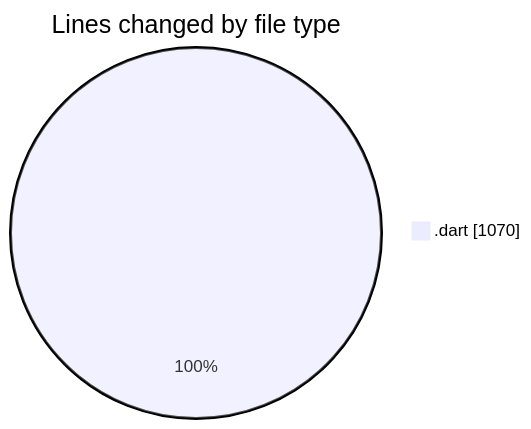
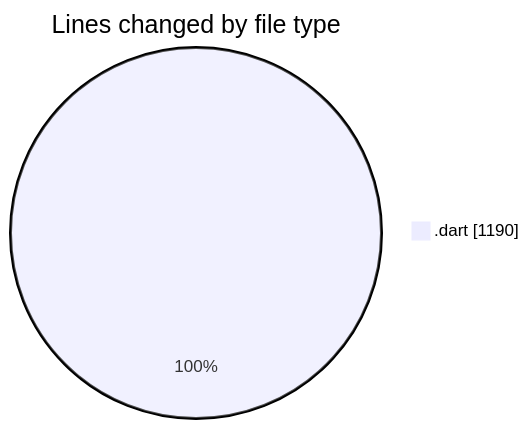
Before and after one commit to donsfak/code-tracking: the first of 2 diagrams in 2025-01-15/trackers_app/README.md, drawn with Mermaid. The commit also changed other lines of this file and 1 other file, not shown here.

````diff
--- a/2025-01-15/trackers_app/README.md
+++ b/2025-01-15/trackers_app/README.md
@@ -28,5 +29,5 @@
 ```mermaid
 pie showData
 title Lines changed by file type
-".dart" : 1070
+".dart" : 1190
 ```
````
